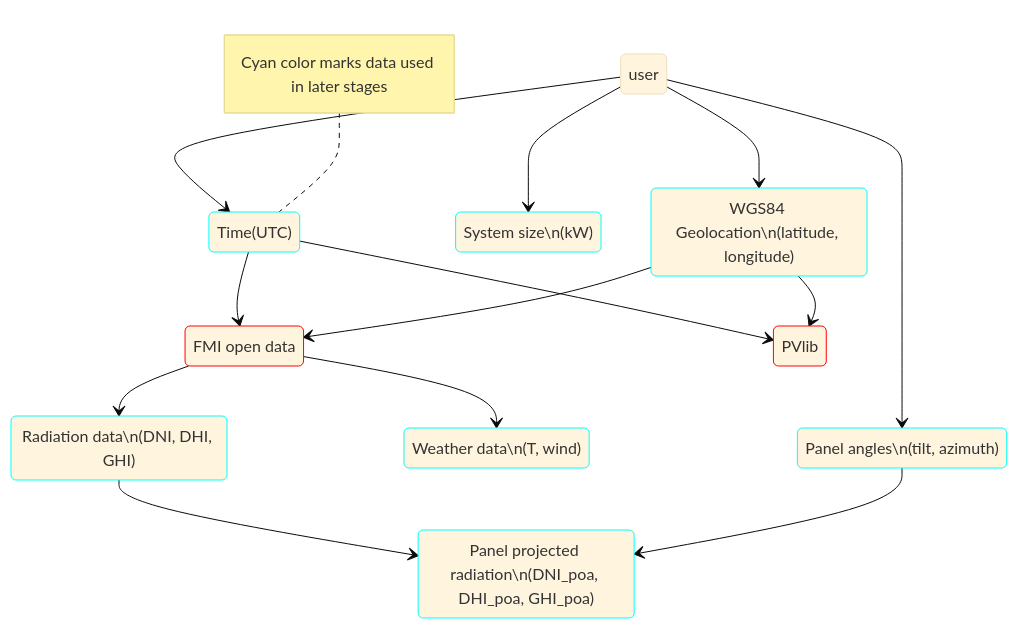
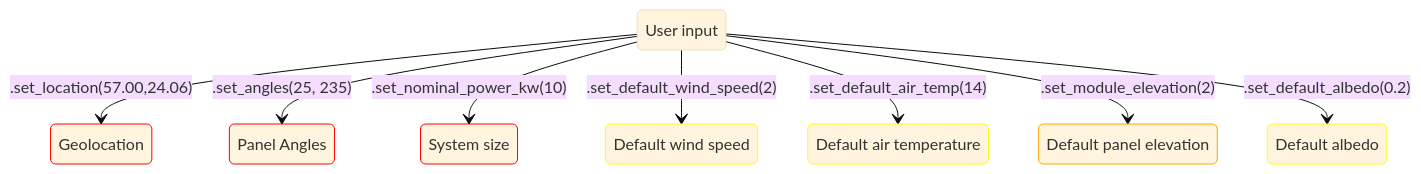
Before and after one commit to TimoSalola/fmi_pv_forecaster: the second of 5 diagrams in model_explained.md, drawn with Mermaid (base theme). The commit also changed other lines of this file and 2 other files, not shown here.

````diff
--- a/model_explained.md
+++ b/model_explained.md
@@ -37,53 +99,43 @@
 ```mermaid
+ stateDiagram-v2
+     
+     classDef constant stroke:red
+     classDef optional_constant stroke:orange
+     classDef conditional_constant stroke:yellow
+     classDef df stroke:blue
+     
+     class geo, angles, size constant
+     class radw_table,external_radiation_table,pvlib_rad_table,  rad_table df
+     class elevation optional_constant
+     class air_t, albedo, wind conditional_constant
+     
+     user: User input
+     
+     geo : Geolocation
+     angles: Panel Angles
+     size : System size
+     elevation : Default panel elevation
+     wind : Default wind speed
+     air_t : Default air temperature
+     albedo : Default albedo
 
-stateDiagram-v2
-    
-    geo : WGS84 Geolocation\n(latitude, longitude)
-    angles : Panel angles\n(tilt, azimuth)
-    size : System size\n(kW)
-    weather : Weather data\n(T, wind)
-    rad : Radiation data\n(DNI, DHI, GHI)
-    time : Time(UTC)
-    
-    poa_radiation: Panel projected radiation\n(DNI_poa, DHI_poa, GHI_poa)
-    
-    user : user
-    fmi: FMI open data
-    pvlib: PVlib
-    
-    classDef remaining stroke:cyan
-    classDef data_provider stroke:red
-    
-    class size, geo, time, size, rad, angles,weather, poa_radiation remaining
-    class pvlib, fmi data_provider
+
+
+     
+     user --> geo  : .set_location(57.00,24.06)
+     user --> angles : .set_angles(25, 235)
+     user --> size : .set_nominal_power_kw(10)
+     user --> wind : .set_default_wind_speed(2)
+     user --> air_t: .set_default_air_temp(14)
+     user --> elevation: .set_module_elevation(2)
+     user --> albedo : .set_default_albedo(0.2)
  
-    
-    user --> geo
-    user --> angles
-    user --> size
-    
-    user --> time
-    
-    fmi --> rad
-    fmi --> weather
-    
-    time --> fmi
-    time --> pvlib
-    
-    geo -->pvlib
-    geo -->fmi
-    
-    note left of time : Cyan color marks data used in later stages
-    
+     
 
-    rad --> poa_radiation
-    angles -->poa_radiation
-    
 
-    
-    
-    
-    
-    
+
+     
+
+
 
 ```
````
